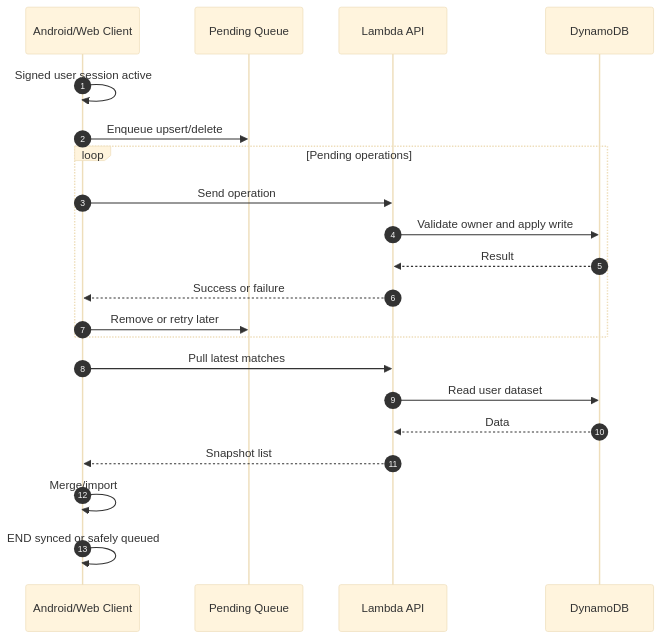
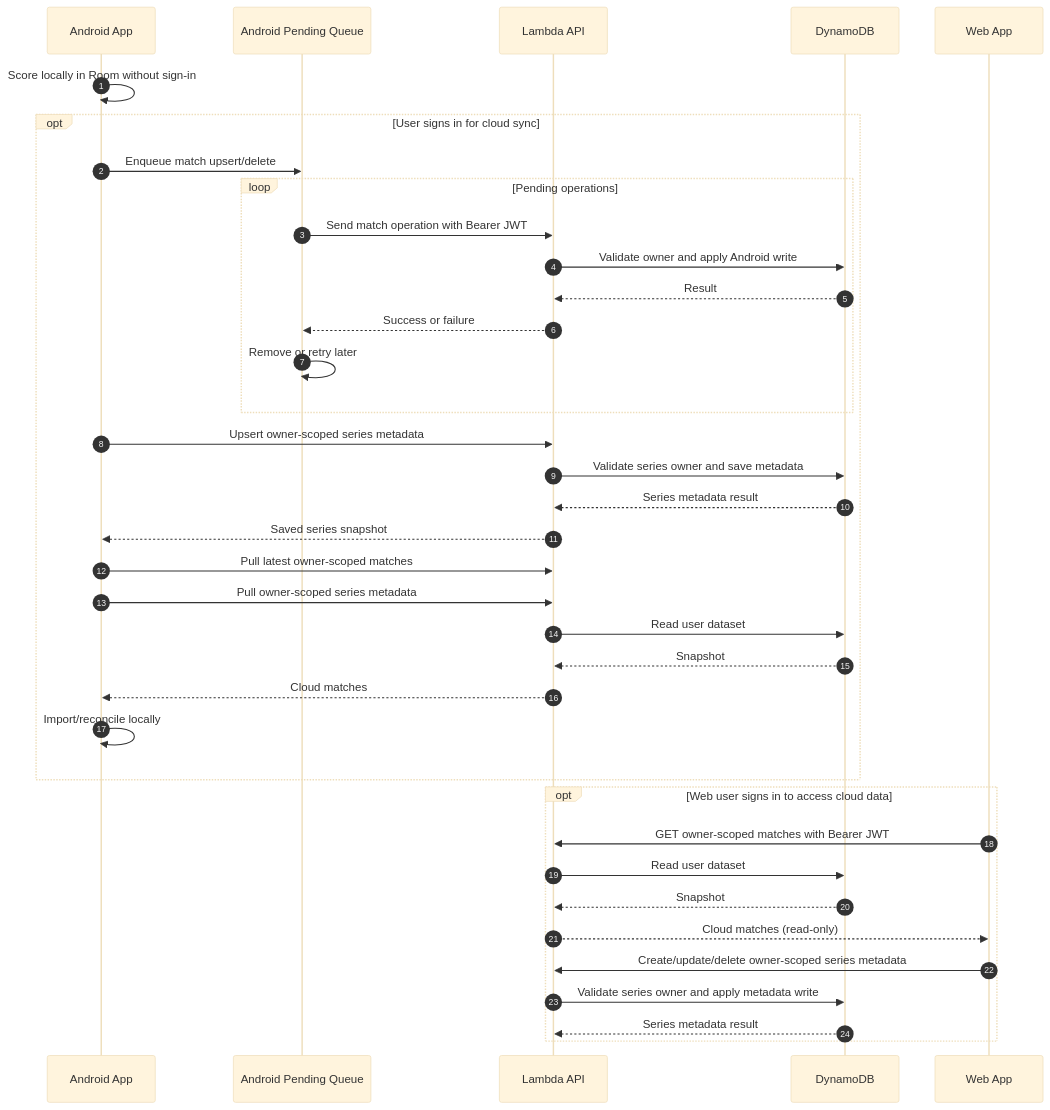
The fifth of 5 diagrams in doc/BOTH_APPS_ARCHITECTURE_COMPLETE_DOCUMENT.md (Ankojin/CricketScorer-web), drawn with Mermaid (base theme) before and after one commit. The commit also changed other lines of this file and 22 other files, not shown here.

````diff
--- a/doc/BOTH_APPS_ARCHITECTURE_COMPLETE_DOCUMENT.md
+++ b/doc/BOTH_APPS_ARCHITECTURE_COMPLETE_DOCUMENT.md
@@ -128,26 +130,44 @@
 ```mermaid
 sequenceDiagram
     autonumber
-    participant Client as Android/Web Client
-    participant Queue as Pending Queue
+    participant Android as Android App
+    participant Queue as Android Pending Queue
     participant API as Lambda API
     participant DB as DynamoDB
+    participant Web as Web App
 
-    Client->>Client: Signed user session active
-    Client->>Queue: Enqueue upsert/delete
+    Android->>Android: Score locally in Room without sign-in
+    opt User signs in for cloud sync
+      Android->>Queue: Enqueue match upsert/delete
 
-    loop Pending operations
-      Client->>API: Send operation
-      API->>DB: Validate owner and apply write
-      DB-->>API: Result
-      API-->>Client: Success or failure
-      Client->>Queue: Remove or retry later
+      loop Pending operations
+        Queue->>API: Send match operation with Bearer JWT
+        API->>DB: Validate owner and apply Android write
+        DB-->>API: Result
+        API-->>Queue: Success or failure
+        Queue->>Queue: Remove or retry later
+      end
+
+      Android->>API: Upsert owner-scoped series metadata
+      API->>DB: Validate series owner and save metadata
+      DB-->>API: Series metadata result
+      API-->>Android: Saved series snapshot
+
+      Android->>API: Pull latest owner-scoped matches
+      Android->>API: Pull owner-scoped series metadata
+      API->>DB: Read user dataset
+      DB-->>API: Snapshot
+      API-->>Android: Cloud matches
+      Android->>Android: Import/reconcile locally
     end
 
-    Client->>API: Pull latest matches
-    API->>DB: Read user dataset
-    DB-->>API: Data
-    API-->>Client: Snapshot list
-    Client->>Client: Merge/import
-    Client->>Client: END synced or safely queued
+    opt Web user signs in to access cloud data
+      Web->>API: GET owner-scoped matches with Bearer JWT
+      API->>DB: Read user dataset
+      DB-->>API: Snapshot
+      API-->>Web: Cloud matches (read-only)
+      Web->>API: Create/update/delete owner-scoped series metadata
+      API->>DB: Validate series owner and apply metadata write
+      DB-->>API: Series metadata result
+    end
 ```
````
